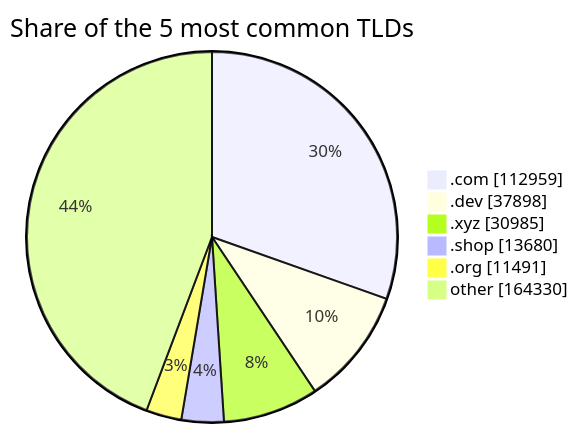
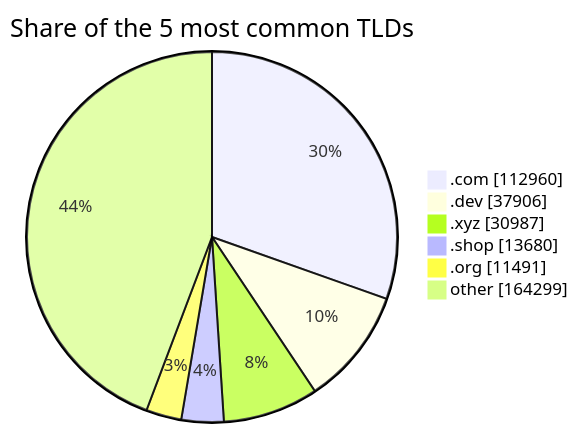
Before and after one commit to DNSBunker/CTI: the third of 3 diagrams in README.md, drawn with Mermaid. The commit also changed other lines of this file and 3 other files, not shown here.

````diff
--- a/README.md
+++ b/README.md
@@ -81,9 +81,9 @@
 ```mermaid
 pie showData title Share of the 5 most common TLDs
-    ".com" : 112959
-    ".dev" : 37898
-    ".xyz" : 30985
+    ".com" : 112960
+    ".dev" : 37906
+    ".xyz" : 30987
     ".shop" : 13680
     ".org" : 11491
-    "other" : 164330
+    "other" : 164299
 ```
````
